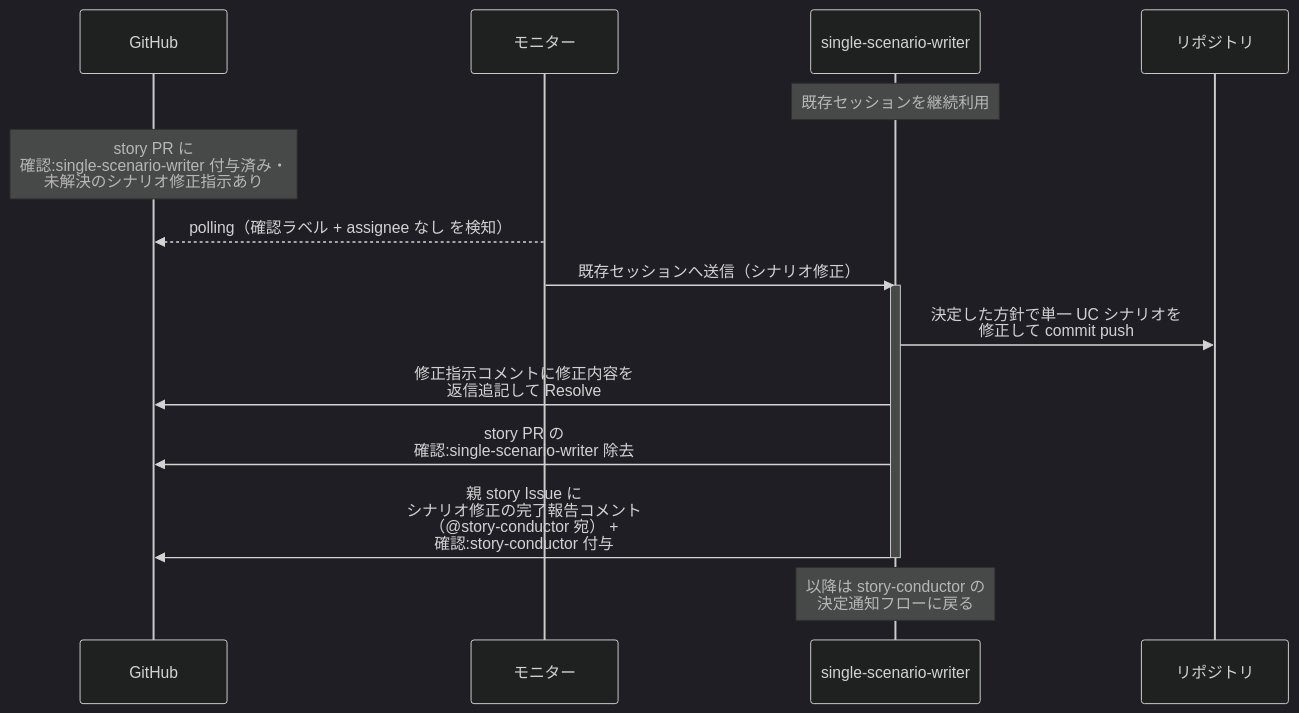
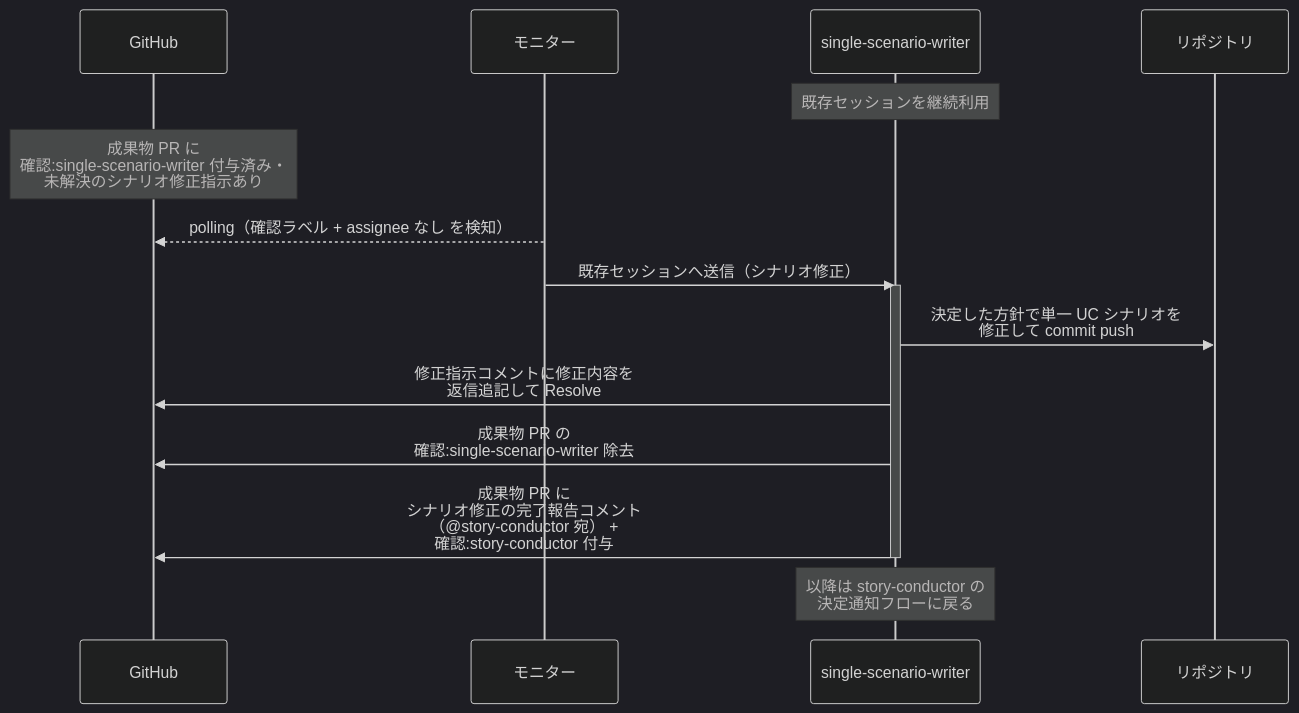
Before and after one commit to shuhei1101/ai-monitor: the second of 3 diagrams in docs/wiki/設計図/シナリオ/単一ユースケース/単一シナリオ設計.md, drawn with Mermaid (dark theme). The commit also changed other lines of this file and 256 other files, not shown here.

````diff
--- a/docs/wiki/設計図/シナリオ/単一ユースケース/単一シナリオ設計.md
+++ b/docs/wiki/設計図/シナリオ/単一ユースケース/単一シナリオ設計.md
@@ -91,19 +92,19 @@
 ```mermaid
 sequenceDiagram
   participant GH as GitHub
   participant ORC as モニター
   participant MON as single-scenario-writer
   participant REPO as リポジトリ
 
   Note over MON: 既存セッションを継続利用
-  Note over GH: story PR に<br>確認:single-scenario-writer 付与済み・<br>未解決のシナリオ修正指示あり
+  Note over GH: 成果物 PR に<br>確認:single-scenario-writer 付与済み・<br>未解決のシナリオ修正指示あり
   ORC-->>GH: polling（確認ラベル + assignee なし を検知）
   ORC->>MON: 既存セッションへ送信（シナリオ修正）
   activate MON
   MON->>REPO: 決定した方針で単一 UC シナリオを<br>修正して commit push
   MON->>GH: 修正指示コメントに修正内容を<br>返信追記して Resolve
-  MON->>GH: story PR の<br>確認:single-scenario-writer 除去
-  MON->>GH: 親 story Issue に<br>シナリオ修正の完了報告コメント<br>（@story-conductor 宛） +<br>確認:story-conductor 付与
+  MON->>GH: 成果物 PR の<br>確認:single-scenario-writer 除去
+  MON->>GH: 成果物 PR に<br>シナリオ修正の完了報告コメント<br>（@story-conductor 宛） +<br>確認:story-conductor 付与
   deactivate MON
   Note over MON: 以降は story-conductor の<br>決定通知フローに戻る
 ```
````
